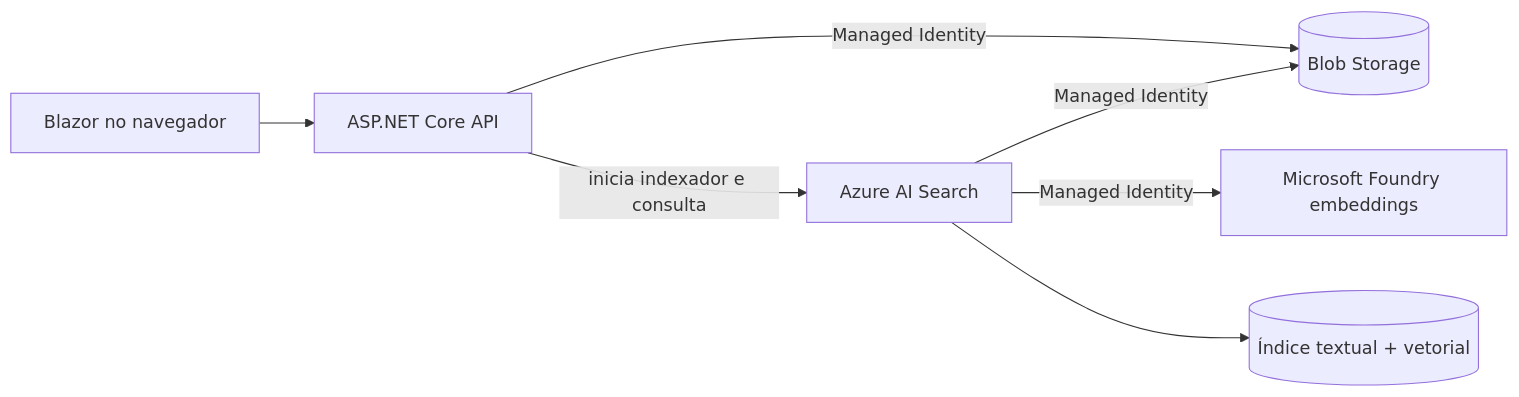
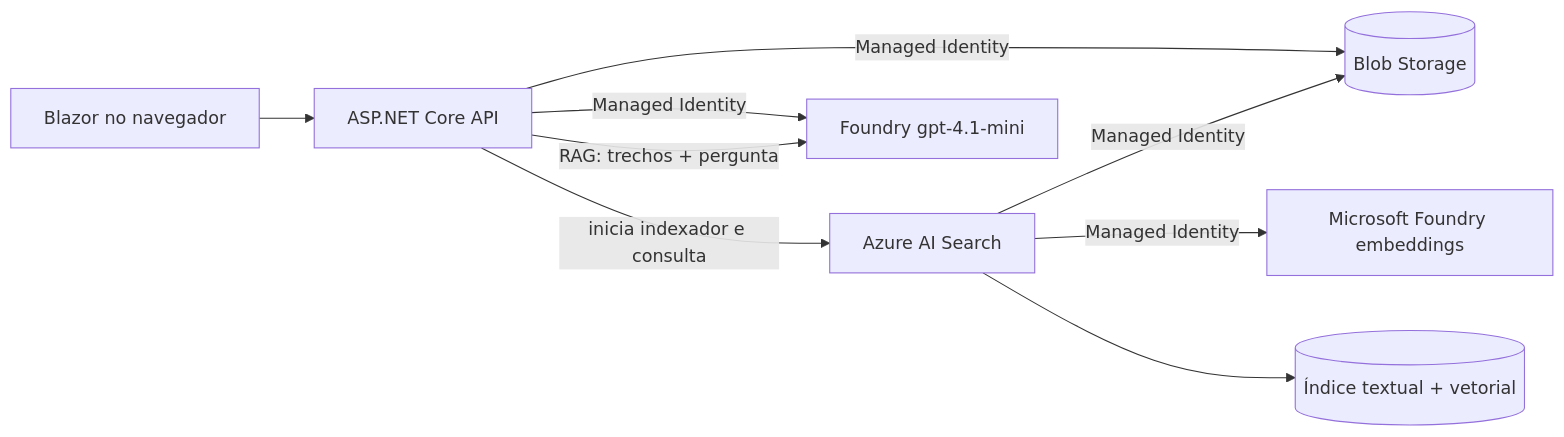
The diagram in README.md (beto5001/ai-search-demo), drawn with Mermaid before and after one commit. The commit also changed other lines of this file and 23 other files, not shown here.

````diff
--- a/README.md
+++ b/README.md
@@ -7,9 +7,11 @@
 ```mermaid
 flowchart LR
     Client[Blazor no navegador] --> API[ASP.NET Core API]
     API -->|Managed Identity| Blob[(Blob Storage)]
     API -->|inicia indexador e consulta| Search[Azure AI Search]
     Search -->|Managed Identity| Blob
     Search -->|Managed Identity| Foundry[Microsoft Foundry embeddings]
     Search --> Index[(Índice textual + vetorial)]
+    API -->|Managed Identity| Chat[Foundry gpt-4.1-mini]
+    API -->|RAG: trechos + pergunta| Chat
 ```
````
